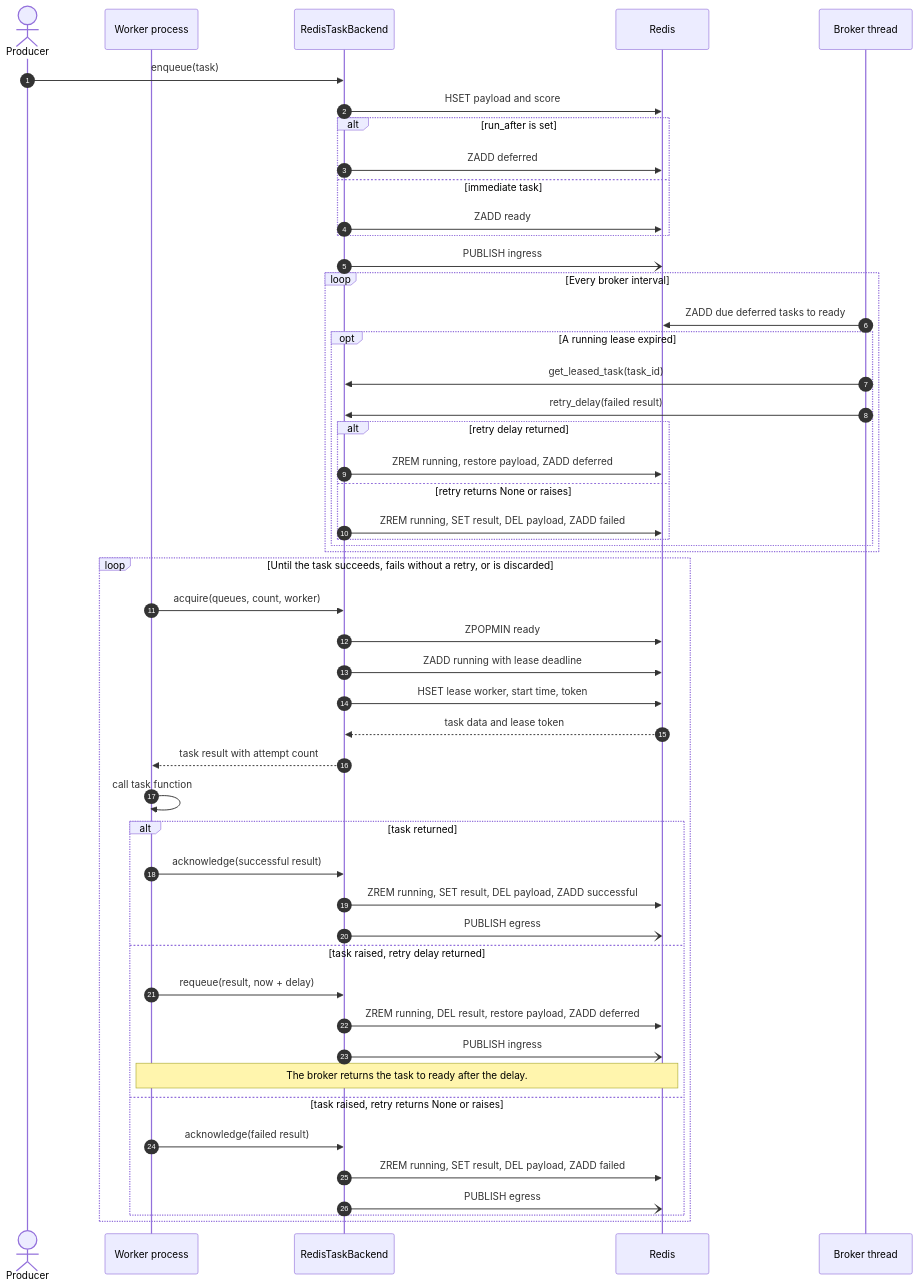
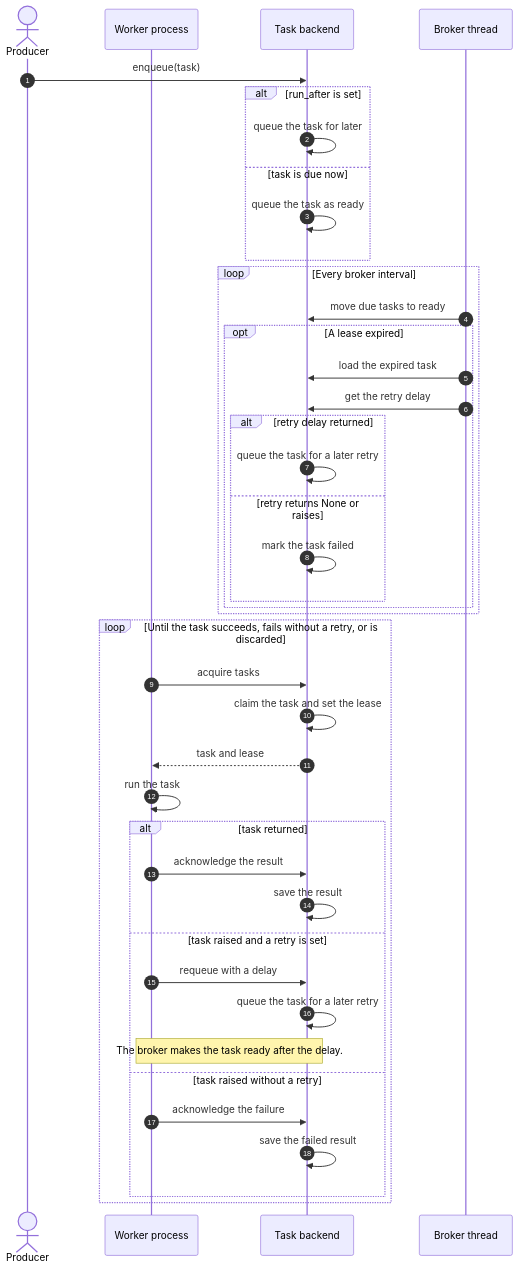
One commit to codingjoe/threadmill changed the second of 2 diagrams in CONTRIBUTING.md. Above: the diagram before and after it, drawn with Mermaid. The commit also changed other lines of this file, not shown here.

Commit message:
Describe the task flow without Redis commands

````diff
--- a/CONTRIBUTING.md
+++ b/CONTRIBUTING.md
@@ -110,56 +111,47 @@
 ```mermaid
 sequenceDiagram
     autonumber
     actor Producer
     participant Worker as Worker process
-    participant Backend as RedisTaskBackend
-    participant Redis
+    participant Backend as Task backend
     participant Broker as Broker thread
 
     Producer->>Backend: enqueue(task)
-    Backend->>Redis: HSET payload and score
     alt run_after is set
-        Backend->>Redis: ZADD deferred
-    else immediate task
-        Backend->>Redis: ZADD ready
+        Backend->>Backend: queue the task for later
+    else task is due now
+        Backend->>Backend: queue the task as ready
     end
-    Backend-)Redis: PUBLISH ingress
 
     loop Every broker interval
-        Broker->>Redis: ZADD due deferred tasks to ready
-        opt A running lease expired
-            Broker->>Backend: get_leased_task(task_id)
-            Broker->>Backend: retry_delay(failed result)
+        Broker->>Backend: move due tasks to ready
+        opt A lease expired
+            Broker->>Backend: load the expired task
+            Broker->>Backend: get the retry delay
             alt retry delay returned
-                Backend->>Redis: ZREM running, restore payload, ZADD deferred
+                Backend->>Backend: queue the task for a later retry
             else retry returns None or raises
-                Backend->>Redis: ZREM running, SET result, DEL payload, ZADD failed
+                Backend->>Backend: mark the task failed
             end
         end
     end
 
     loop Until the task succeeds, fails without a retry, or is discarded
-        Worker->>Backend: acquire(queues, count, worker)
-        Backend->>Redis: ZPOPMIN ready
-        Backend->>Redis: ZADD running with lease deadline
-        Backend->>Redis: HSET lease worker, start time, token
-        Redis-->>Backend: task data and lease token
-        Backend-->>Worker: task result with attempt count
-        Worker->>Worker: call task function
+        Worker->>Backend: acquire tasks
+        Backend->>Backend: claim the task and set the lease
+        Backend-->>Worker: task and lease
+        Worker->>Worker: run the task
 
         alt task returned
-            Worker->>Backend: acknowledge(successful result)
-            Backend->>Redis: ZREM running, SET result, DEL payload, ZADD successful
-            Backend-)Redis: PUBLISH egress
-        else task raised, retry delay returned
-            Worker->>Backend: requeue(result, now + delay)
-            Backend->>Redis: ZREM running, DEL result, restore payload, ZADD deferred
-            Backend-)Redis: PUBLISH ingress
-            Note over Worker,Redis: The broker returns the task to ready after the delay.
-        else task raised, retry returns None or raises
-            Worker->>Backend: acknowledge(failed result)
-            Backend->>Redis: ZREM running, SET result, DEL payload, ZADD failed
-            Backend-)Redis: PUBLISH egress
+            Worker->>Backend: acknowledge the result
+            Backend->>Backend: save the result
+        else task raised and a retry is set
+            Worker->>Backend: requeue with a delay
+            Backend->>Backend: queue the task for a later retry
+            Note over Worker,Backend: The broker makes the task ready after the delay.
+        else task raised without a retry
+            Worker->>Backend: acknowledge the failure
+            Backend->>Backend: save the failed result
         end
     end
 ```
````
